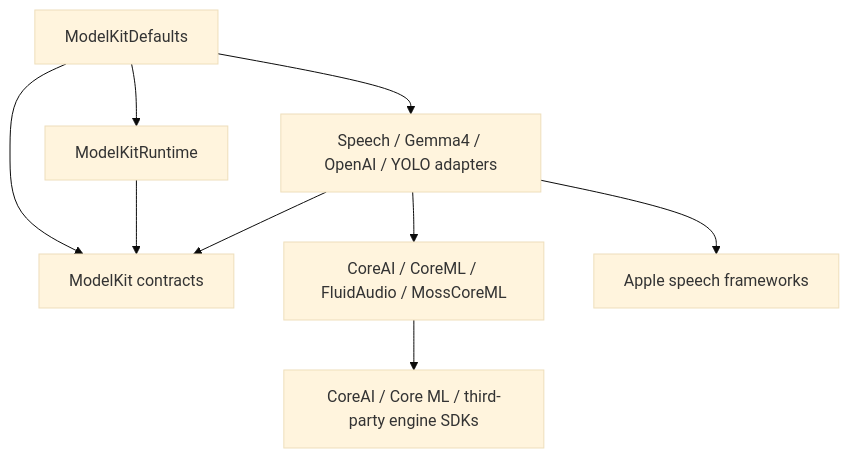
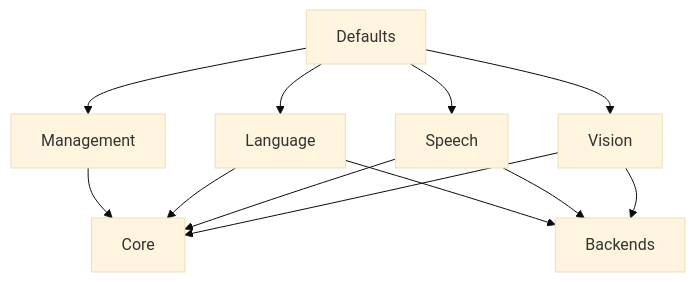
The second of 2 diagrams in MobileHarness/ModelKit/README.md (devilyouwei/MobileHarness), drawn with Mermaid (base theme) before and after one commit. The commit also changed other lines of this file and 116 other files, not shown here.

````diff
--- a/MobileHarness/ModelKit/README.md
+++ b/MobileHarness/ModelKit/README.md
@@ -63,11 +27,14 @@
 ```mermaid
 flowchart TD
-    Defaults[ModelKitDefaults] --> Runtime[ModelKitRuntime]
-    Defaults --> Adapters[Speech / Gemma4 / OpenAI / YOLO adapters]
-    Defaults --> Base[ModelKit contracts]
-    Runtime --> Base
-    Adapters --> Base
-    Adapters --> Backends[CoreAI / CoreML / FluidAudio / MossCoreML]
-    Adapters --> System[Apple speech frameworks]
-    Backends --> Engines[CoreAI / Core ML / third-party engine SDKs]
+ Defaults --> Management
+ Defaults --> Language
+ Defaults --> Speech
+ Defaults --> Vision
+ Management --> Core
+ Language --> Core
+ Speech --> Core
+ Vision --> Core
+ Language --> Backends
+ Speech --> Backends
+ Vision --> Backends
 ```
````
